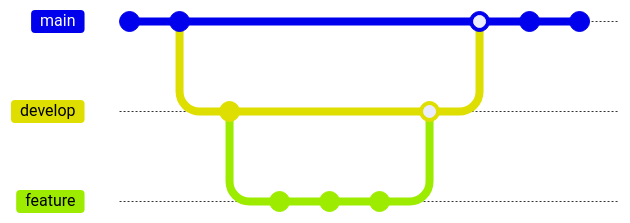
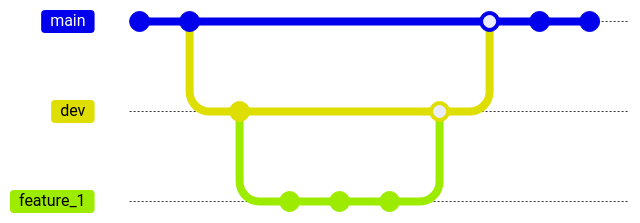
Before and after one commit to PellelNitram/xournalpp_htr: the diagram in README.md, drawn with Mermaid. The commit also changed other lines of this file, not shown here. Commit ids are hidden.

Commit message:
Work on community contributions section of README.

````diff
--- a/README.md
+++ b/README.md
@@ -113,19 +119,19 @@
 ```mermaid
 gitGraph
     commit
     commit
-    branch develop
+    branch dev
     commit
-    checkout develop
-    branch feature
-    checkout feature
+    checkout dev
+    branch feature_1
+    checkout feature_1
     commit
     commit
     commit
-    checkout develop
-    merge feature
+    checkout dev
+    merge feature_1
     checkout main
-    merge develop
+    merge dev
     commit
     commit
 ```
````
